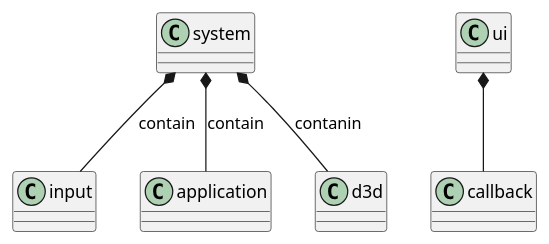
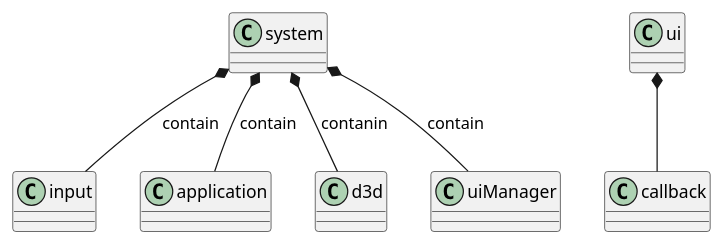
The diagram in class-diagram.puml (agagtmdtlr/StudyDirectX), drawn with PlantUML before and after one commit. The commit also changed 34 other files, not shown here.

```diff
--- a/class-diagram.puml
+++ b/class-diagram.puml
@@ -1,18 +1,20 @@
 @startuml
 'https://plantuml.com/class-diagram
 
 class system
 class input
 class application
 class d3d
+class uiManager
 
 class ui
 class callback
 
 system *-- input : contain
 system *-- application : contain
 system *-- d3d : contanin
+system *-- uiManager : contain
 
 ui *-- callback
 
 @enduml
```
